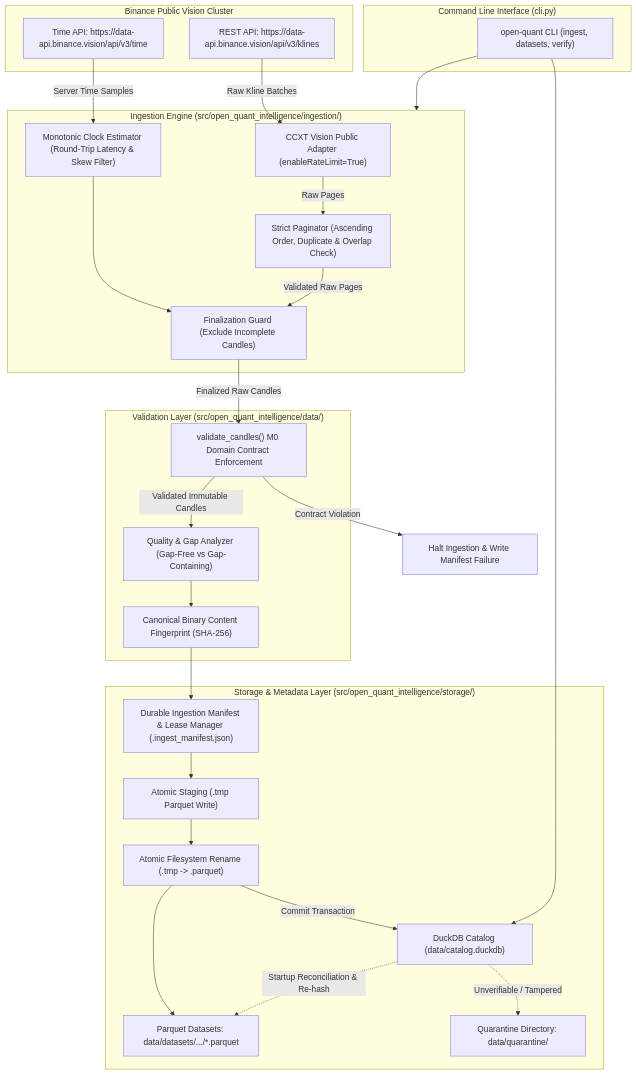
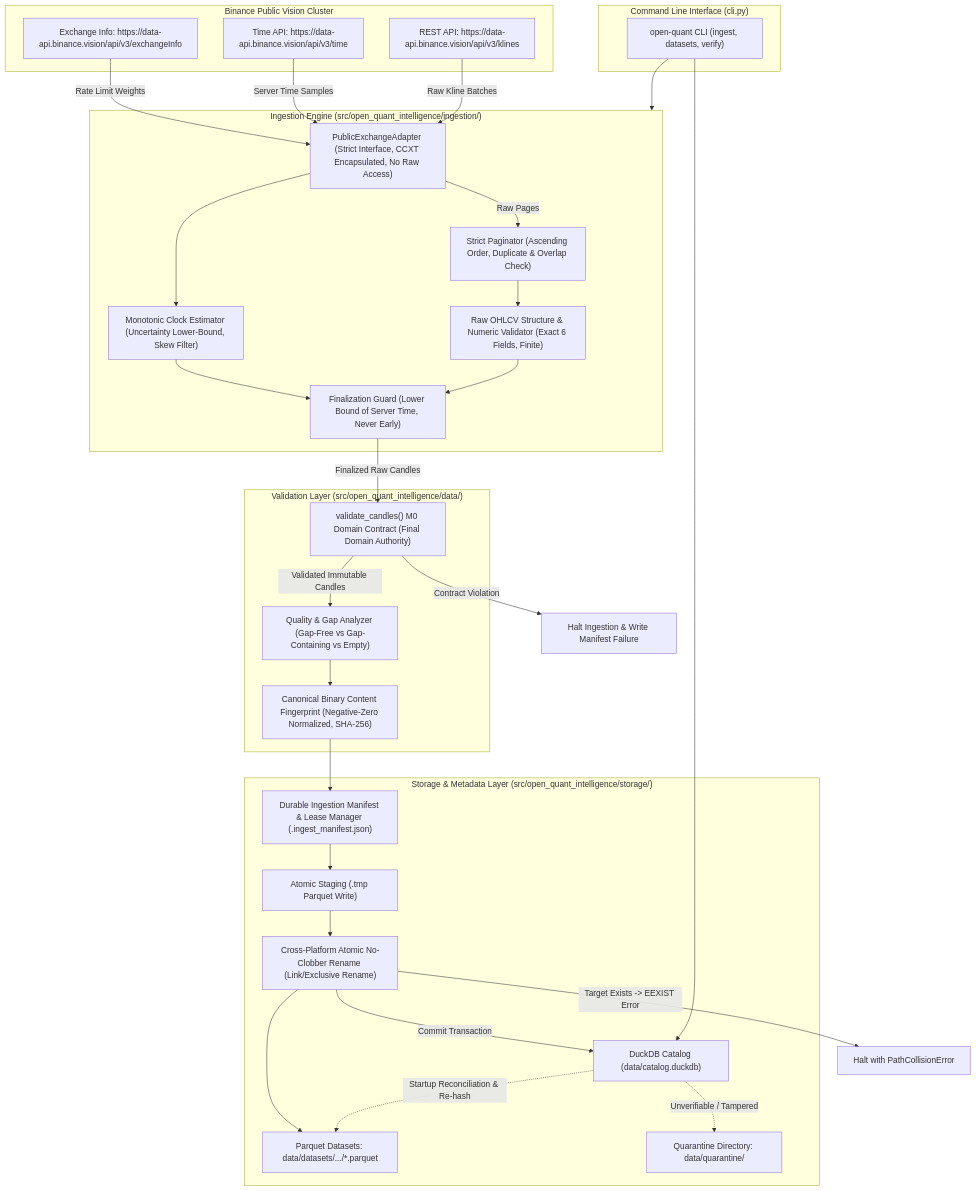
Before and after one commit to jayp91131-sudo/open-quant-intelligence: the diagram in docs/M1_ARCHITECTURE_PROPOSAL.md, drawn with Mermaid. The commit also changed other lines of this file, not shown here.

Commit message:
docs(m1): apply final technical corrections to architecture proposal

````diff
--- a/docs/M1_ARCHITECTURE_PROPOSAL.md
+++ b/docs/M1_ARCHITECTURE_PROPOSAL.md
@@ -116,52 +120,58 @@
 ```mermaid
 flowchart TD
     subgraph Binance_Public["Binance Public Vision Cluster"]
         API["REST API: https://data-api.binance.vision/api/v3/klines"]
         TimeAPI["Time API: https://data-api.binance.vision/api/v3/time"]
+        ExchangeInfo["Exchange Info: https://data-api.binance.vision/api/v3/exchangeInfo"]
     end
 
     subgraph Ingestion_Engine["Ingestion Engine (src/open_quant_intelligence/ingestion/)"]
-        Client["CCXT Vision Public Adapter (enableRateLimit=True)"]
-        ClockSync["Monotonic Clock Estimator (Round-Trip Latency & Skew Filter)"]
+        Adapter["PublicExchangeAdapter (Strict Interface, CCXT Encapsulated, No Raw Access)"]
+        ClockSync["Monotonic Clock Estimator (Uncertainty Lower-Bound, Skew Filter)"]
         Paginator["Strict Paginator (Ascending Order, Duplicate & Overlap Check)"]
-        Finalizer["Finalization Guard (Exclude Incomplete Candles)"]
+        RawValidator["Raw OHLCV Structure & Numeric Validator (Exact 6 Fields, Finite)"]
+        Finalizer["Finalization Guard (Lower Bound of Server Time, Never Early)"]
     end
 
     subgraph Validation_Layer["Validation Layer (src/open_quant_intelligence/data/)"]
-        Validator["validate_candles() M0 Domain Contract Enforcement"]
-        QualityAnalyzer["Quality & Gap Analyzer (Gap-Free vs Gap-Containing)"]
-        BinaryFingerprint["Canonical Binary Content Fingerprint (SHA-256)"]
+        Validator["validate_candles() M0 Domain Contract (Final Domain Authority)"]
+        QualityAnalyzer["Quality & Gap Analyzer (Gap-Free vs Gap-Containing vs Empty)"]
+        BinaryFingerprint["Canonical Binary Content Fingerprint (Negative-Zero Normalized, SHA-256)"]
     end
 
     subgraph Storage_Layer["Storage & Metadata Layer (src/open_quant_intelligence/storage/)"]
         ManifestManager["Durable Ingestion Manifest & Lease Manager (.ingest_manifest.json)"]
         StageStore["Atomic Staging (.tmp Parquet Write)"]
-        AtomicRename["Atomic Filesystem Rename (.tmp -> .parquet)"]
+        AtomicRename["Cross-Platform Atomic No-Clobber Rename (Link/Exclusive Rename)"]
         DuckDBCatalog["DuckDB Catalog (data/catalog.duckdb)"]
         DataFiles["Parquet Datasets: data/datasets/.../*.parquet"]
         Quarantine["Quarantine Directory: data/quarantine/"]
     end
 
     subgraph User_CLI["Command Line Interface (cli.py)"]
         CLI["open-quant CLI (ingest, datasets, verify)"]
     end
 
-    TimeAPI -->|Server Time Samples| ClockSync
+    ExchangeInfo -->|Rate Limit Weights| Adapter
+    TimeAPI -->|Server Time Samples| Adapter
+    Adapter --> ClockSync
     ClockSync --> Finalizer
-    API -->|Raw Kline Batches| Client
-    Client -->|Raw Pages| Paginator
-    Paginator -->|Validated Raw Pages| Finalizer
+    API -->|Raw Kline Batches| Adapter
+    Adapter -->|Raw Pages| Paginator
+    Paginator --> RawValidator
+    RawValidator --> Finalizer
     Finalizer -->|Finalized Raw Candles| Validator
     Validator -->|Contract Violation| Fail["Halt Ingestion & Write Manifest Failure"]
     Validator -->|Validated Immutable Candles| QualityAnalyzer
     QualityAnalyzer --> BinaryFingerprint
     BinaryFingerprint --> ManifestManager
     ManifestManager --> StageStore
     StageStore --> AtomicRename
+    AtomicRename -->|Target Exists -> EEXIST Error| Collision["Halt with PathCollisionError"]
     AtomicRename --> DataFiles
     AtomicRename -->|Commit Transaction| DuckDBCatalog
     DuckDBCatalog -.->|Startup Reconciliation & Re-hash| DataFiles
     DuckDBCatalog -.->|Unverifiable / Tampered| Quarantine
     CLI --> Ingestion_Engine
     CLI --> DuckDBCatalog
 ```
````
